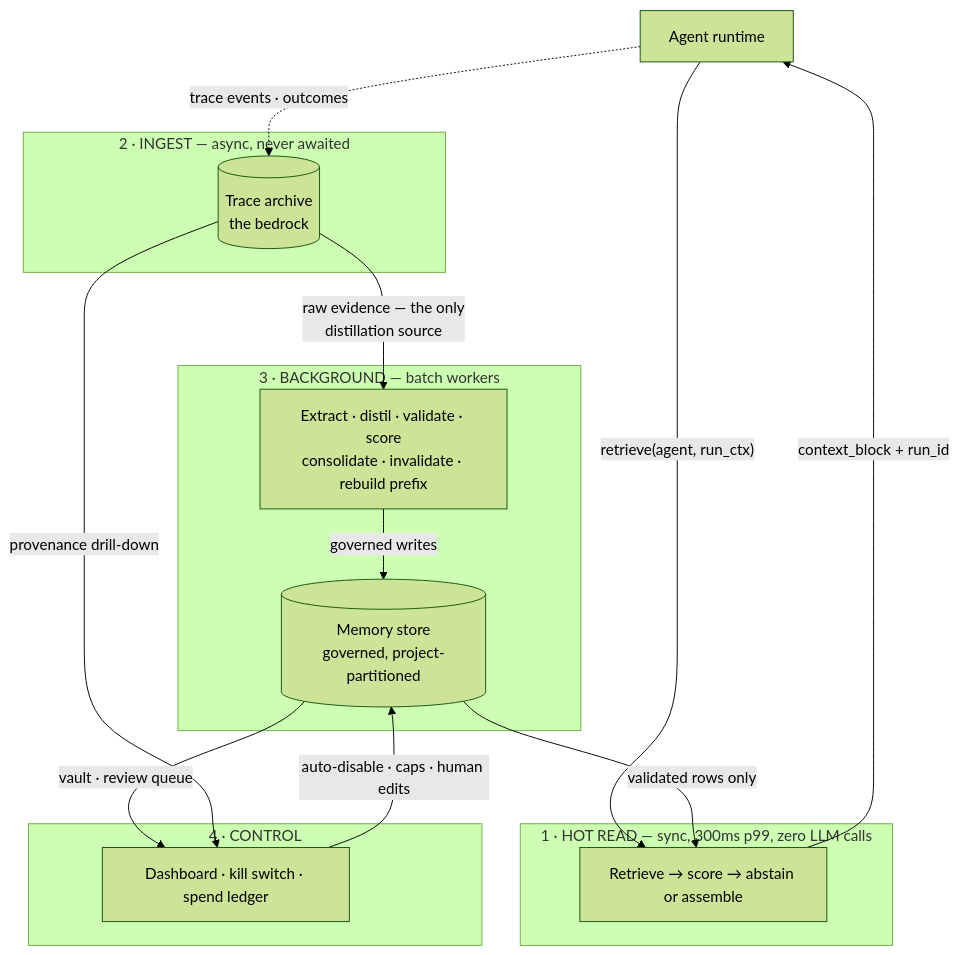
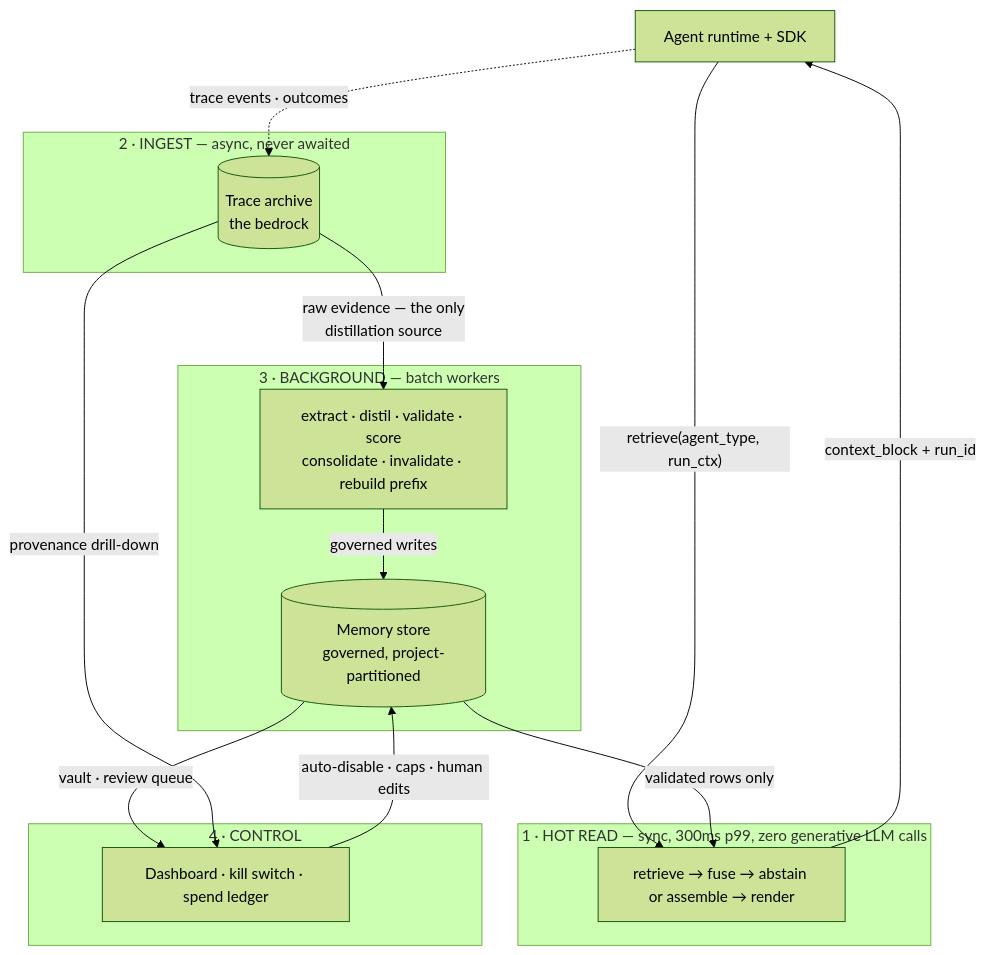
The diagram in README.md (kirti34n/Trace-bed), drawn with Mermaid (forest theme) before and after one commit. The commit also changed other lines of this file and 1 other file, not shown here.

````diff
--- a/README.md
+++ b/README.md
@@ -31,26 +31,26 @@
 ```mermaid
 flowchart TB
-  AG["Agent runtime"]
-  subgraph HOT["1 · HOT READ — sync, 300ms p99, zero LLM calls"]
-    RET["Retrieve → score → abstain or assemble"]
+  AG["Agent runtime + SDK"]
+  subgraph HOT["1 · HOT READ — sync, 300ms p99, zero generative LLM calls"]
+    RET["retrieve → fuse → abstain or assemble → render"]
   end
   subgraph ING["2 · INGEST — async, never awaited"]
     TS[("Trace archive<br/>the bedrock")]
   end
   subgraph BG["3 · BACKGROUND — batch workers"]
-    LEARN["Extract · distil · validate · score<br/>consolidate · invalidate · rebuild prefix"]
+    LEARN["extract · distil · validate · score<br/>consolidate · invalidate · rebuild prefix"]
     ST[("Memory store<br/>governed, project-partitioned")]
   end
   subgraph CTL["4 · CONTROL"]
     OPS["Dashboard · kill switch · spend ledger"]
   end
-  AG -->|"retrieve(agent, run_ctx)"| RET
+  AG -->|"retrieve(agent_type, run_ctx)"| RET
   RET -->|"context_block + run_id"| AG
   AG -. "trace events · outcomes" .-> TS
   TS -->|"raw evidence — the only<br/>distillation source"| LEARN
   LEARN -->|"governed writes"| ST
   ST -->|"validated rows only"| RET
   ST -->|"vault · review queue"| OPS
   TS -->|"provenance drill-down"| OPS
   OPS -->|"auto-disable · caps · human edits"| ST
 ```
````
